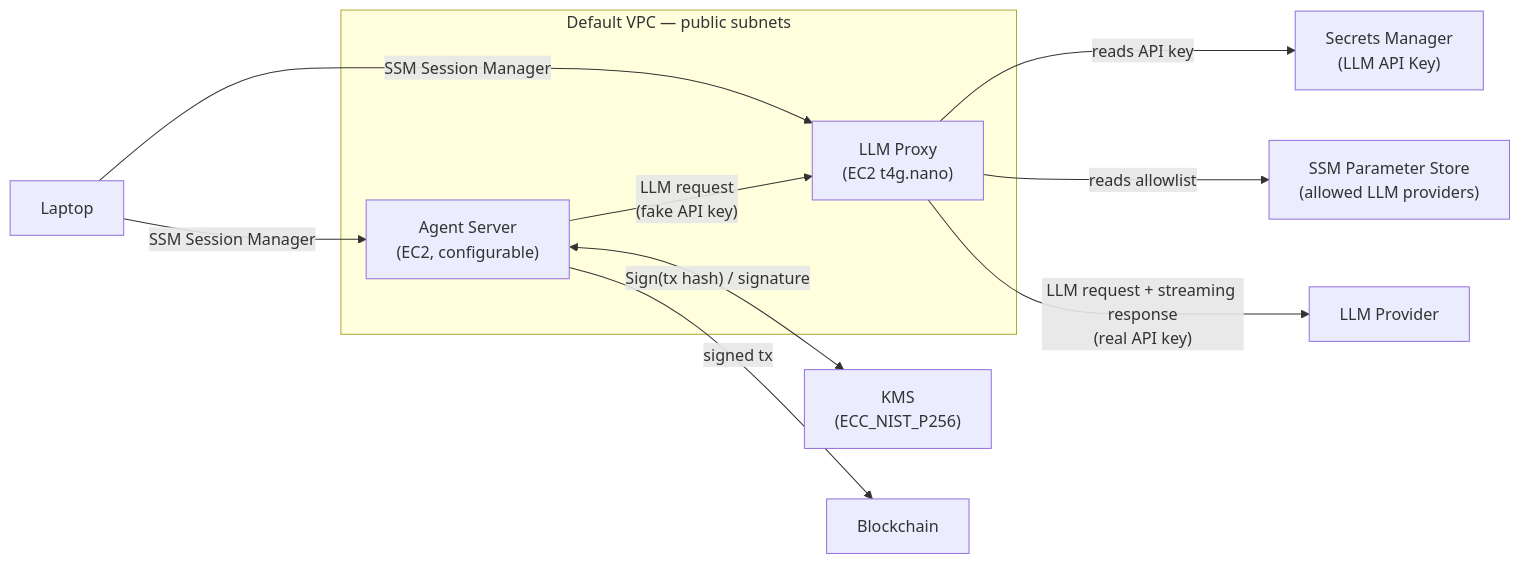
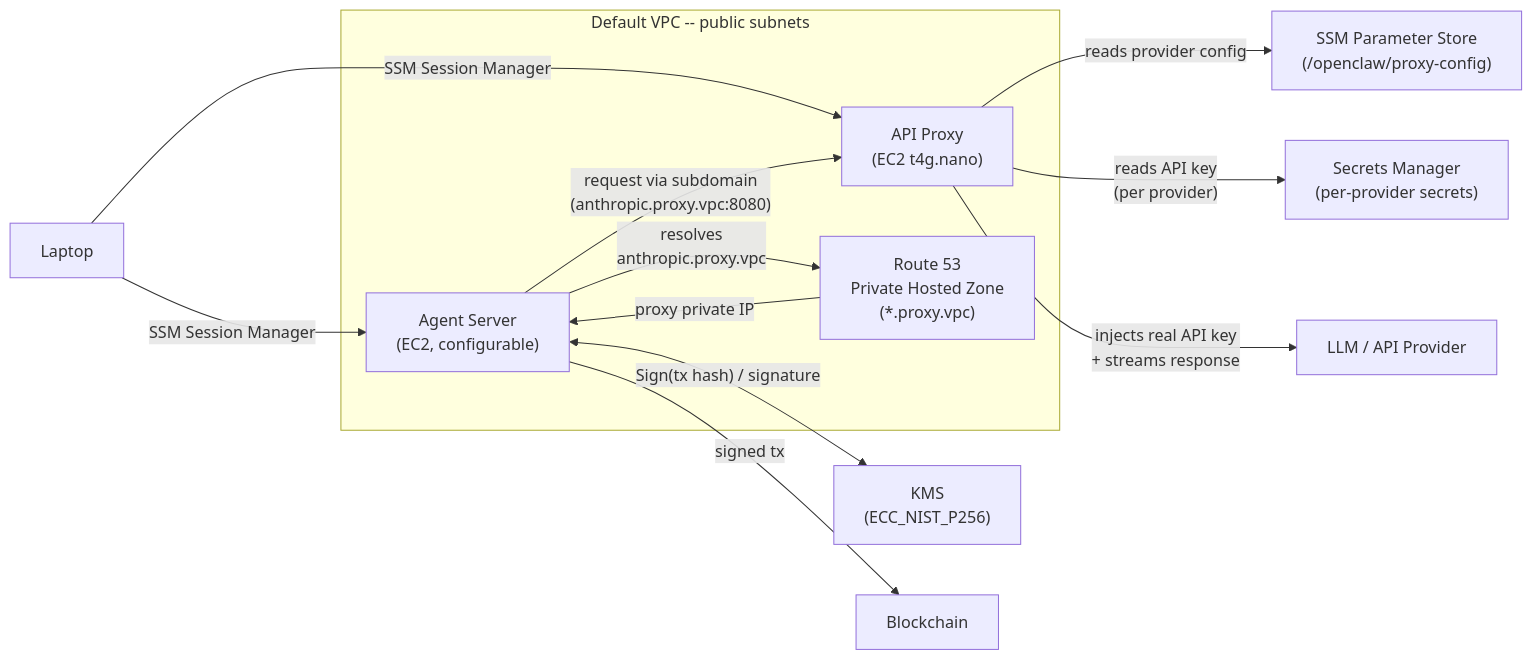
The diagram in README.md (barretodavid/openclaw-aws), drawn with Mermaid before and after one commit. The commit also changed other lines of this file and 2 other files, not shown here.

````diff
--- a/README.md
+++ b/README.md
@@ -9,15 +7,18 @@
 ```mermaid
 graph LR
     Laptop -->|"SSM Session Manager"| AgentEC2
     Laptop -->|"SSM Session Manager"| ProxyEC2
-    subgraph VPC ["Default VPC — public subnets"]
+    subgraph VPC ["Default VPC -- public subnets"]
+        DNS["Route 53<br/>Private Hosted Zone<br/>(*.proxy.vpc)"]
         AgentEC2["Agent Server<br/>(EC2, configurable)"]
-        ProxyEC2["LLM Proxy<br/>(EC2 t4g.nano)"]
-        AgentEC2 -->|"LLM request<br/>(fake API key)"| ProxyEC2
+        ProxyEC2["API Proxy<br/>(EC2 t4g.nano)"]
+        AgentEC2 -->|"resolves<br/>anthropic.proxy.vpc"| DNS
+        DNS -->|"proxy private IP"| AgentEC2
+        AgentEC2 -->|"request via subdomain<br/>(anthropic.proxy.vpc:8080)"| ProxyEC2
     end
-    ProxyEC2 -->|"reads API key"| SM["Secrets Manager<br/>(LLM API Key)"]
-    ProxyEC2 -->|"reads allowlist"| PS["SSM Parameter Store<br/>(allowed LLM providers)"]
-    ProxyEC2 -->|"LLM request + streaming response<br/>(real API key)"| LLM["LLM Provider"]
+    ProxyEC2 -->|"reads provider config"| PS["SSM Parameter Store<br/>(/openclaw/proxy-config)"]
+    ProxyEC2 -->|"reads API key<br/>(per provider)"| SM["Secrets Manager<br/>(per-provider secrets)"]
+    ProxyEC2 -->|"injects real API key<br/>+ streams response"| LLM["LLM / API Provider"]
     AgentEC2 <-->|"Sign(tx hash) / signature"| KMS["KMS<br/>(ECC_NIST_P256)"]
     AgentEC2 -->|"signed tx"| Blockchain
 ```
````
